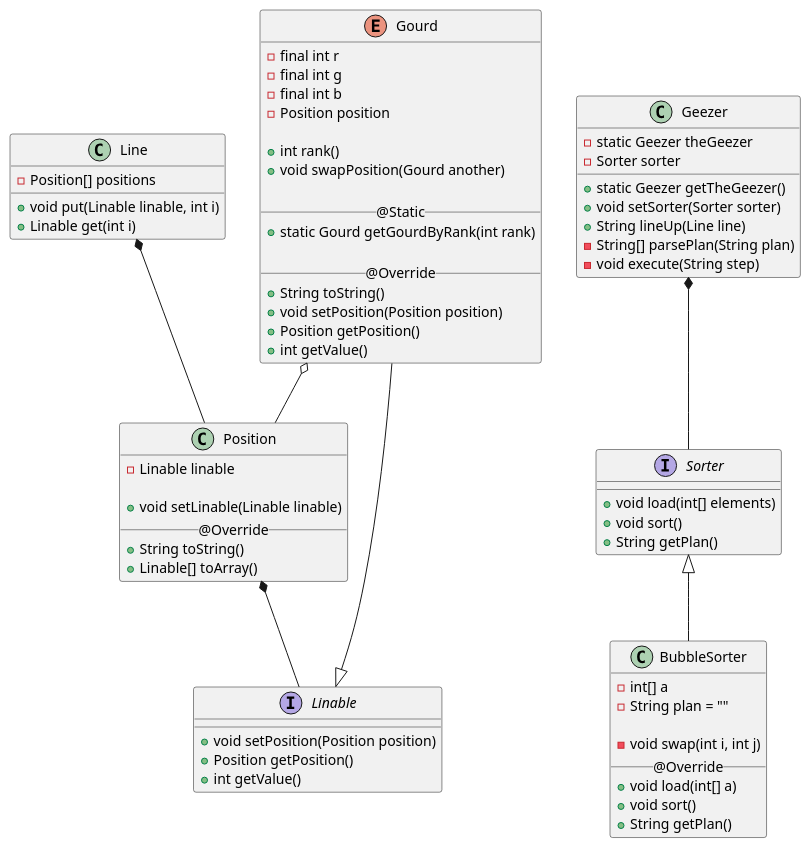
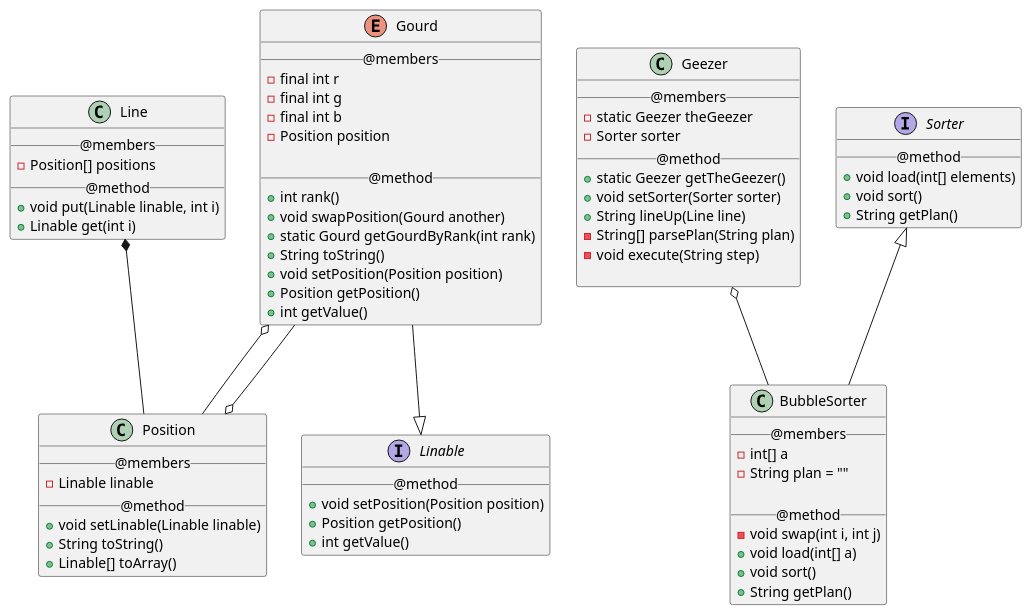
One commit to jwork-2021-attic/jw02-EnxIII changed the diagram in S191220053/Task_one/Class.pu. Above: the diagram before and after it, drawn with PlantUML. The commit also changed 1 other file, not shown here.

Commit message:
uml modification

```diff
--- a/S191220053/Task_one/Class.pu
+++ b/S191220053/Task_one/Class.pu
@@ -1,86 +1,89 @@
 @startuml
 
 interface Linable{
+    __ @method __
     +void setPosition(Position position)
     +Position getPosition()
     +int getValue()
 }
 
 
 class Line{
+    __@members__
     -Position[] positions
-    
+    __@method__
     +void put(Linable linable, int i)
     +Linable get(int i)
 }
 
 
 class Position{
+    __ @members __
     -Linable linable
-    
+    __@method__
     +void setLinable(Linable linable)
-    __ @Override __
     +String toString()
     +Linable[] toArray()
 }
 
 enum Gourd {
+    __@members__
     -final int r
     -final int g
     -final int b
     -Position position
 
+    __ @method __
     +int rank()
     +void swapPosition(Gourd another)
-
-    __ @Static __
     +static Gourd getGourdByRank(int rank)
-
-    __ @Override __
     +String toString()
     +void setPosition(Position position)
     +Position getPosition()
     +int getValue()
 }
 
 class Geezer{
+    __ @members__
     -static Geezer theGeezer
     -Sorter sorter
-    
+    __@method__
     +static Geezer getTheGeezer()
     +void setSorter(Sorter sorter)
     +String lineUp(Line line)
     -String[] parsePlan(String plan)
     -void execute(String step)
 
 }
 
 interface Sorter{
+    __@method__
     +void load(int[] elements)
     +void sort()
     +String getPlan()
 }
 
 class BubbleSorter{
+    __@members__
     -int[] a
     -String plan = ""
 
+    __ @method __
     -void swap(int i, int j)
-    __ @Override __
     +void load(int[] a)
     +void sort()
     +String getPlan()
 }
 
 Sorter <|-- BubbleSorter
-Geezer *-- Sorter
-Position *-- Linable
+Geezer o-- BubbleSorter
+Position o-- Gourd
 Gourd o-- Position
 Gourd --|> Linable
 Line *-- Position
 
 
 
 
 
 @enduml
```
